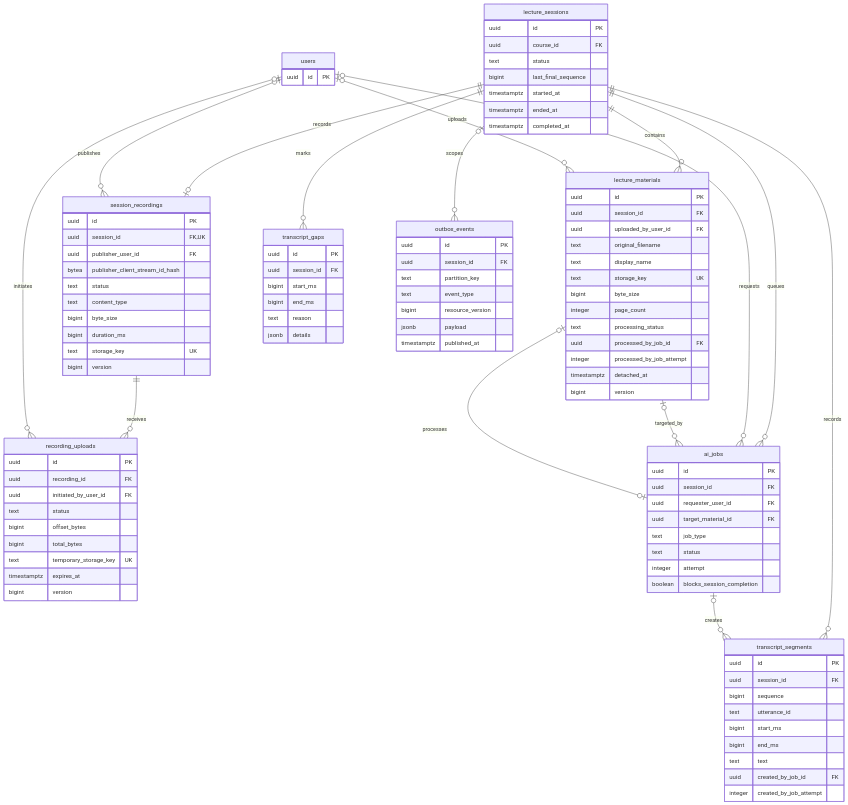
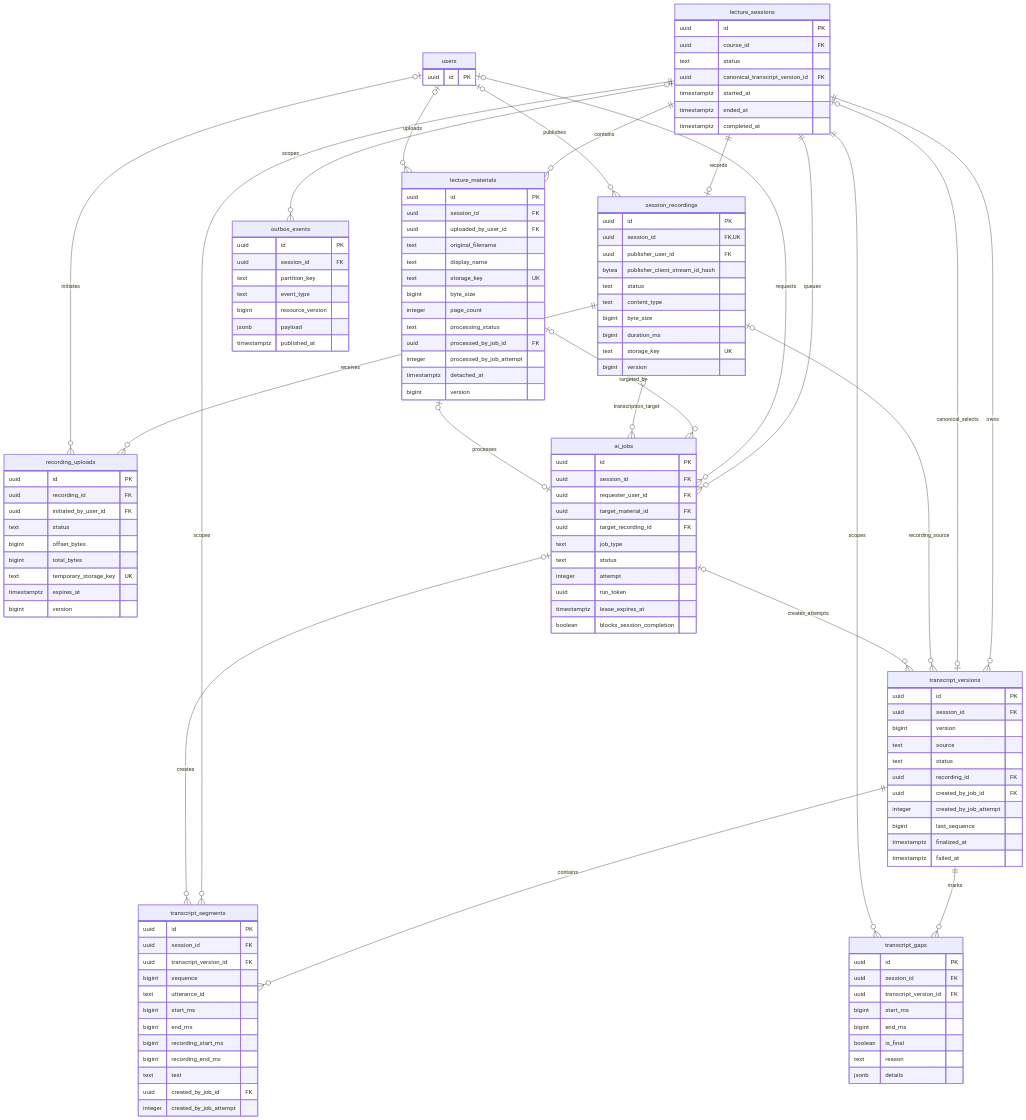
One commit to madcamp-official/26s-w2-c2-08 changed the second of 5 diagrams in docs/database/ERD.md. Above: the diagram before and after it, drawn with Mermaid. The commit also changed other lines of this file and 1 other file, not shown here.

Commit message:
문서: Transcript version·시간축·Answer 재매핑 원장 정의

````diff
--- a/docs/database/ERD.md
+++ b/docs/database/ERD.md
@@ -139,7 +139,7 @@
         uuid id PK
         uuid course_id FK
         text status
-        bigint last_final_sequence
+        uuid canonical_transcript_version_id FK
         timestamptz started_at
         timestamptz ended_at
         timestamptz completed_at
@@ -186,13 +186,30 @@
         bigint version
     }
 
+    transcriptVersions["transcript_versions"] {
+        uuid id PK
+        uuid session_id FK
+        bigint version
+        text source
+        text status
+        uuid recording_id FK
+        uuid created_by_job_id FK
+        integer created_by_job_attempt
+        bigint last_sequence
+        timestamptz finalized_at
+        timestamptz failed_at
+    }
+
     transcriptSegments["transcript_segments"] {
         uuid id PK
         uuid session_id FK
+        uuid transcript_version_id FK
         bigint sequence
         text utterance_id
         bigint start_ms
         bigint end_ms
+        bigint recording_start_ms
+        bigint recording_end_ms
         text text
         uuid created_by_job_id FK
         integer created_by_job_attempt
@@ -201,8 +218,10 @@
     transcriptGaps["transcript_gaps"] {
         uuid id PK
         uuid session_id FK
+        uuid transcript_version_id FK
         bigint start_ms
         bigint end_ms
+        boolean is_final
         text reason
         jsonb details
     }
@@ -212,9 +231,12 @@
         uuid session_id FK
         uuid requester_user_id FK
         uuid target_material_id FK
+        uuid target_recording_id FK
         text job_type
         text status
         integer attempt
+        uuid run_token
+        timestamptz lease_expires_at
         boolean blocks_session_completion
     }
 
@@ -235,11 +257,18 @@
     users o|--o{ sessionRecordings : publishes
     sessionRecordings ||--o{ recordingUploads : receives
     users o|--o{ recordingUploads : initiates
-    lectureSessions ||--o{ transcriptSegments : records
+    lectureSessions ||--o{ transcriptVersions : owns
+    lectureSessions o|--o| transcriptVersions : canonical_selects
+    sessionRecordings o|--o{ transcriptVersions : recording_source
+    aiJobs o|--o{ transcriptVersions : creates_attempts
+    transcriptVersions ||--o{ transcriptSegments : contains
+    transcriptVersions ||--o{ transcriptGaps : marks
+    lectureSessions ||--o{ transcriptSegments : scopes
     aiJobs o|--o{ transcriptSegments : creates
-    lectureSessions ||--o{ transcriptGaps : marks
+    lectureSessions ||--o{ transcriptGaps : scopes
     lectureSessions ||--o{ aiJobs : queues
     users o|--o{ aiJobs : requests
     lectureMaterials o|--o{ aiJobs : targeted_by
+    sessionRecordings o|--o{ aiJobs : transcription_target
     lectureSessions o|--o{ outboxEvents : scopes
 ```
````
